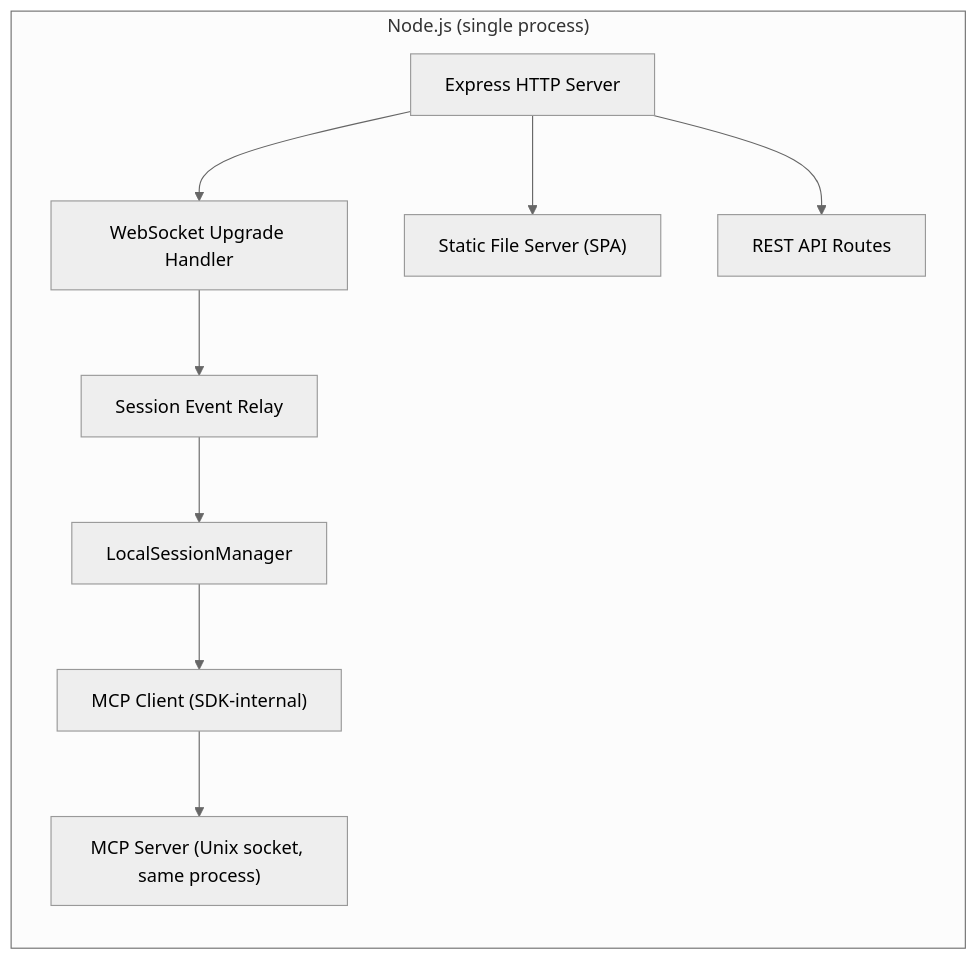
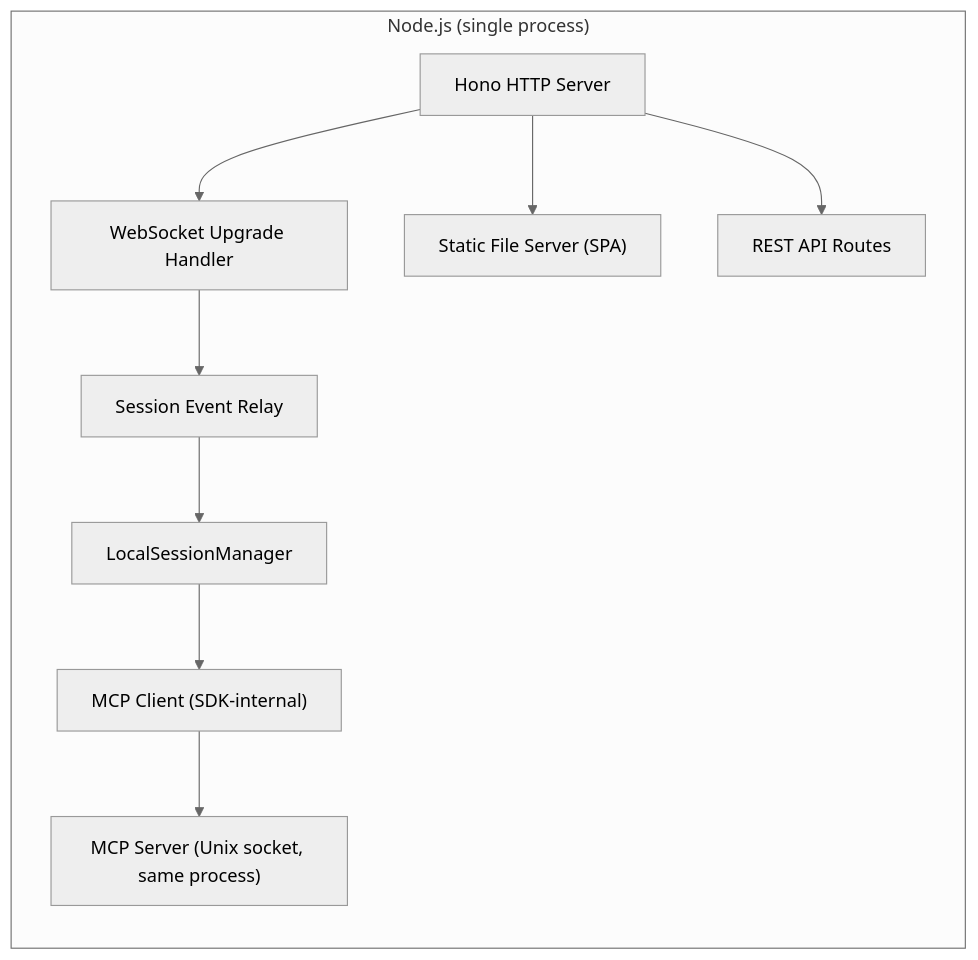
Before and after one commit to ming86/vscode: the second of 5 diagrams in .local/docs/copilot-cli-session/06-webapp-extraction-guide.md, drawn with Mermaid (neutral theme). The commit also changed other lines of this file and 2 other files, not shown here.

````diff
--- a/.local/docs/copilot-cli-session/06-webapp-extraction-guide.md
+++ b/.local/docs/copilot-cli-session/06-webapp-extraction-guide.md
@@ -107,13 +107,13 @@
 ```mermaid
 graph LR
     subgraph SingleProcess["Node.js (single process)"]
         direction TB
-        A["Express HTTP Server"] --> B["WebSocket Upgrade Handler"]
+        A["Hono HTTP Server"] --> B["WebSocket Upgrade Handler"]
         A --> C["Static File Server (SPA)"]
         A --> D["REST API Routes"]
         B --> E["Session Event Relay"]
         E --> F["LocalSessionManager"]
         F --> G["MCP Client (SDK-internal)"]
         G --> H["MCP Server (Unix socket, same process)"]
     end
 ```
````
